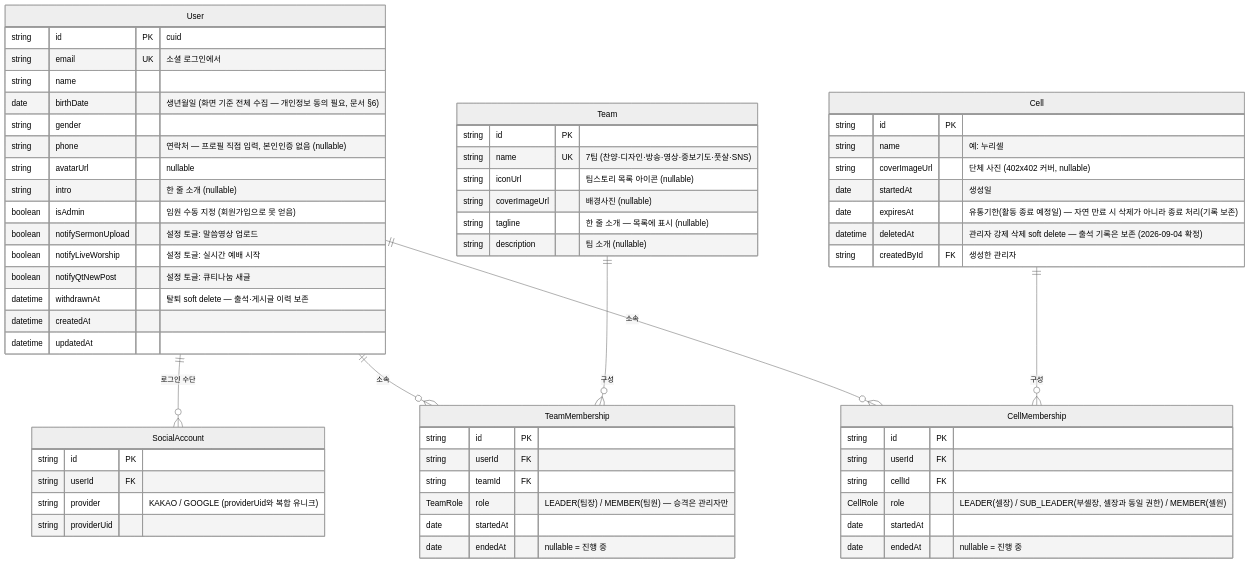
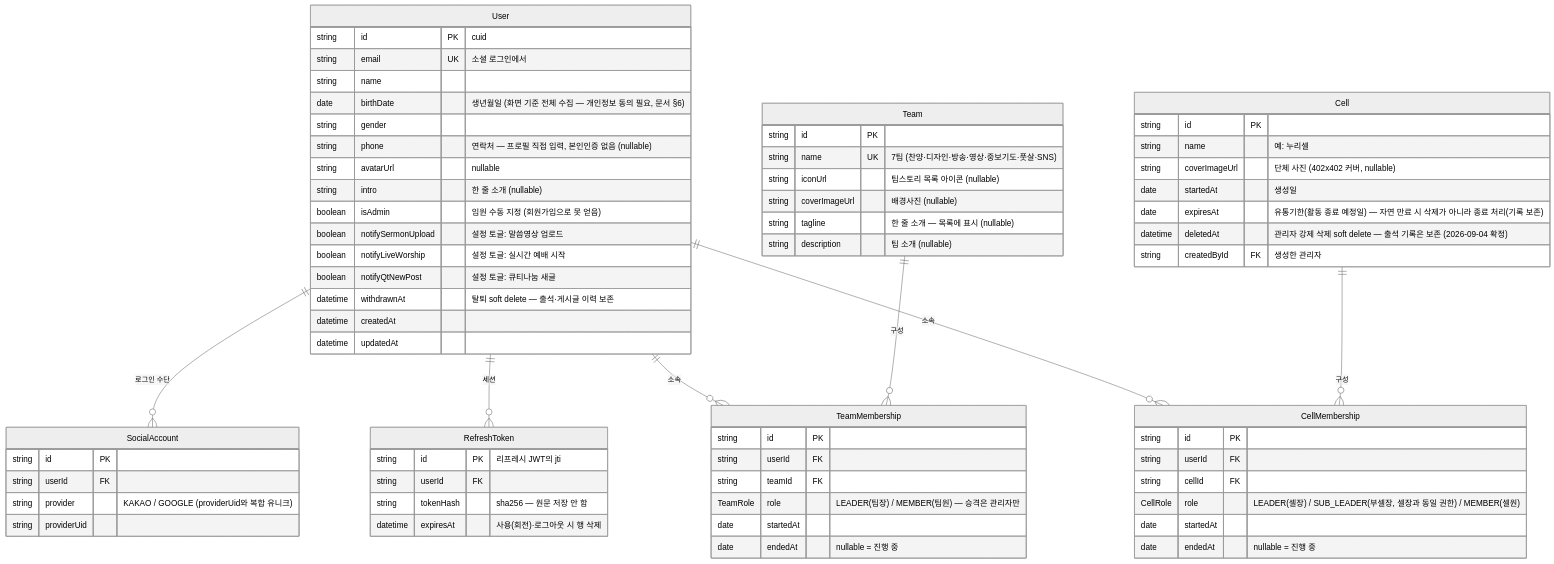
The first of 4 diagrams in docs/erd.md (Onnuri-church/onnuri-monorepo), drawn with Mermaid (neutral theme) before and after one commit. The commit also changed other lines of this file and 27 other files, not shown here.

````diff
--- a/docs/erd.md
+++ b/docs/erd.md
@@ -10,70 +10,78 @@
 ```mermaid
 erDiagram
     User ||--o{ SocialAccount : "로그인 수단"
+    User ||--o{ RefreshToken : "세션"
     User ||--o{ TeamMembership : "소속"
     Team ||--o{ TeamMembership : "구성"
     User ||--o{ CellMembership : "소속"
     Cell ||--o{ CellMembership : "구성"
 
     User {
         string id PK "cuid"
         string email UK "소셜 로그인에서"
         string name
         date birthDate "생년월일 (화면 기준 전체 수집 — 개인정보 동의 필요, 문서 §6)"
         string gender
         string phone "연락처 — 프로필 직접 입력, 본인인증 없음 (nullable)"
         string avatarUrl "nullable"
         string intro "한 줄 소개 (nullable)"
         boolean isAdmin "임원 수동 지정 (회원가입으로 못 얻음)"
         boolean notifySermonUpload "설정 토글: 말씀영상 업로드"
         boolean notifyLiveWorship "설정 토글: 실시간 예배 시작"
         boolean notifyQtNewPost "설정 토글: 큐티나눔 새글"
         datetime withdrawnAt "탈퇴 soft delete — 출석·게시글 이력 보존"
         datetime createdAt
         datetime updatedAt
     }
 
     SocialAccount {
         string id PK
         string userId FK
         string provider "KAKAO / GOOGLE (providerUid와 복합 유니크)"
         string providerUid
+    }
+
+    RefreshToken {
+        string id PK "리프레시 JWT의 jti"
+        string userId FK
+        string tokenHash "sha256 — 원문 저장 안 함"
+        datetime expiresAt "사용(회전)·로그아웃 시 행 삭제"
     }
 
     Team {
         string id PK
         string name UK "7팀 (찬양·디자인·방송·영상·중보기도·풋살·SNS)"
         string iconUrl "팀스토리 목록 아이콘 (nullable)"
         string coverImageUrl "배경사진 (nullable)"
         string tagline "한 줄 소개 — 목록에 표시 (nullable)"
         string description "팀 소개 (nullable)"
     }
 
     TeamMembership {
         string id PK
         string userId FK
         string teamId FK
         TeamRole role "LEADER(팀장) / MEMBER(팀원) — 승격은 관리자만"
         date startedAt
         date endedAt "nullable = 진행 중"
     }
 
     Cell {
         string id PK
         string name "예: 누리셀"
         string coverImageUrl "단체 사진 (402x402 커버, nullable)"
         date startedAt "생성일"
         date expiresAt "유통기한(활동 종료 예정일) — 자연 만료 시 삭제가 아니라 종료 처리(기록 보존)"
         datetime deletedAt "관리자 강제 삭제 soft delete — 출석 기록은 보존 (2026-09-04 확정)"
         string createdById FK "생성한 관리자"
     }
 
     CellMembership {
         string id PK
         string userId FK
         string cellId FK
         CellRole role "LEADER(셀장) / SUB_LEADER(부셀장, 셀장과 동일 권한) / MEMBER(셀원)"
         date startedAt
         date endedAt "nullable = 진행 중"
     }
 ```
````
